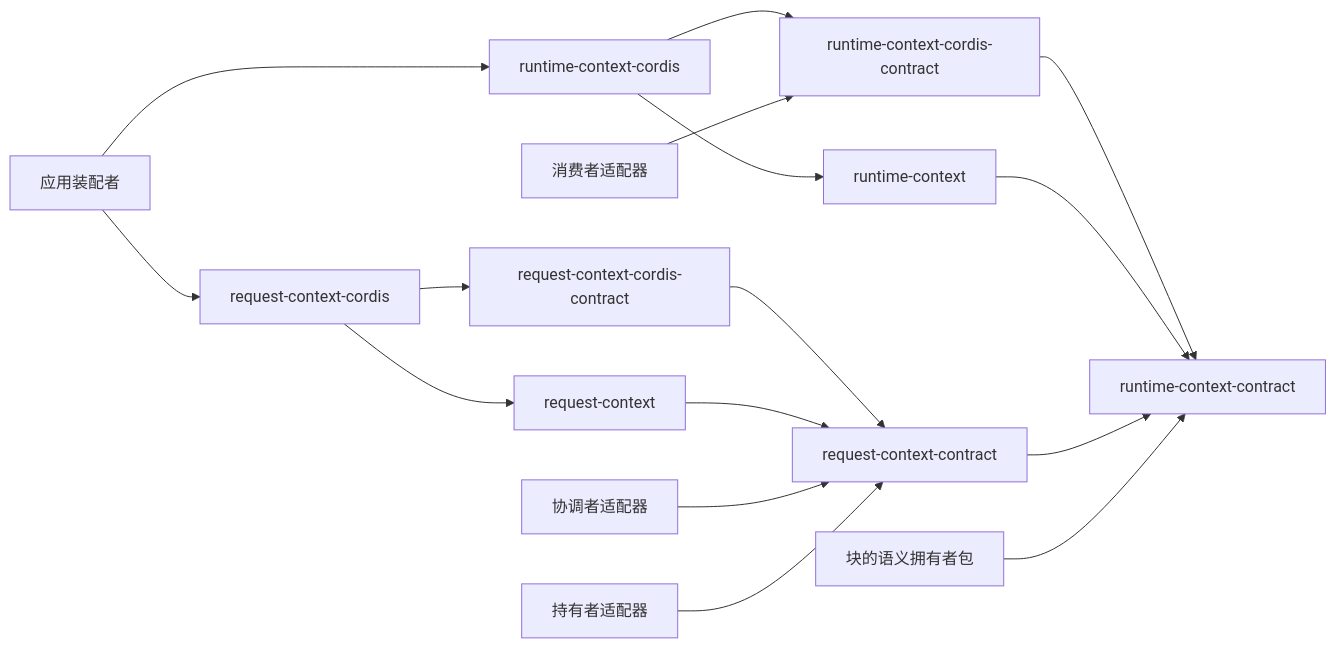
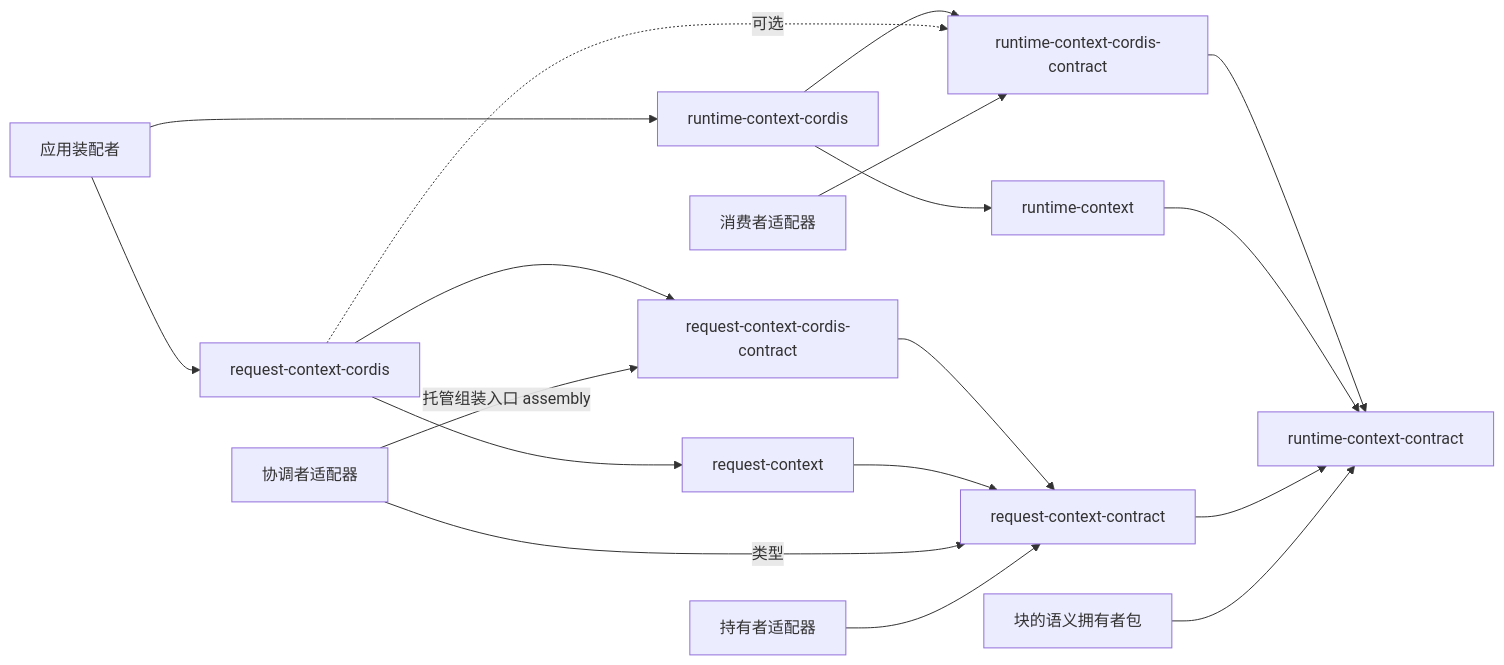
Before and after one commit to nemori-ai/omne-harness-lite: the diagram in packages/context/docs/architecture.md, drawn with Mermaid. The commit also changed other lines of this file and 68 other files, not shown here.

````diff
--- a/packages/context/docs/architecture.md
+++ b/packages/context/docs/architecture.md
@@ -18,19 +18,21 @@
 ```mermaid
 flowchart LR
   RCC[runtime-context-contract]
   RCD[runtime-context-cordis-contract] --> RCC
   RCI[runtime-context] --> RCC
   RCP[runtime-context-cordis] --> RCD
   RCP --> RCI
   RQC[request-context-contract] --> RCC
   RQD[request-context-cordis-contract] --> RQC
   RQI[request-context] --> RQC
   RQP[request-context-cordis] --> RQD
   RQP --> RQI
+  RQP -.->|可选| RCD
   Producers[块的语义拥有者包] --> RCC
   Readers[消费者适配器] --> RCD
-  Coordinator[协调者适配器] --> RQC
+  Coordinator[协调者适配器] -->|托管组装入口 assembly| RQD
+  Coordinator -->|类型| RQC
   Holder[持有者适配器] --> RQC
   App[应用装配者] --> RCP
   App --> RQP
 ```
````
